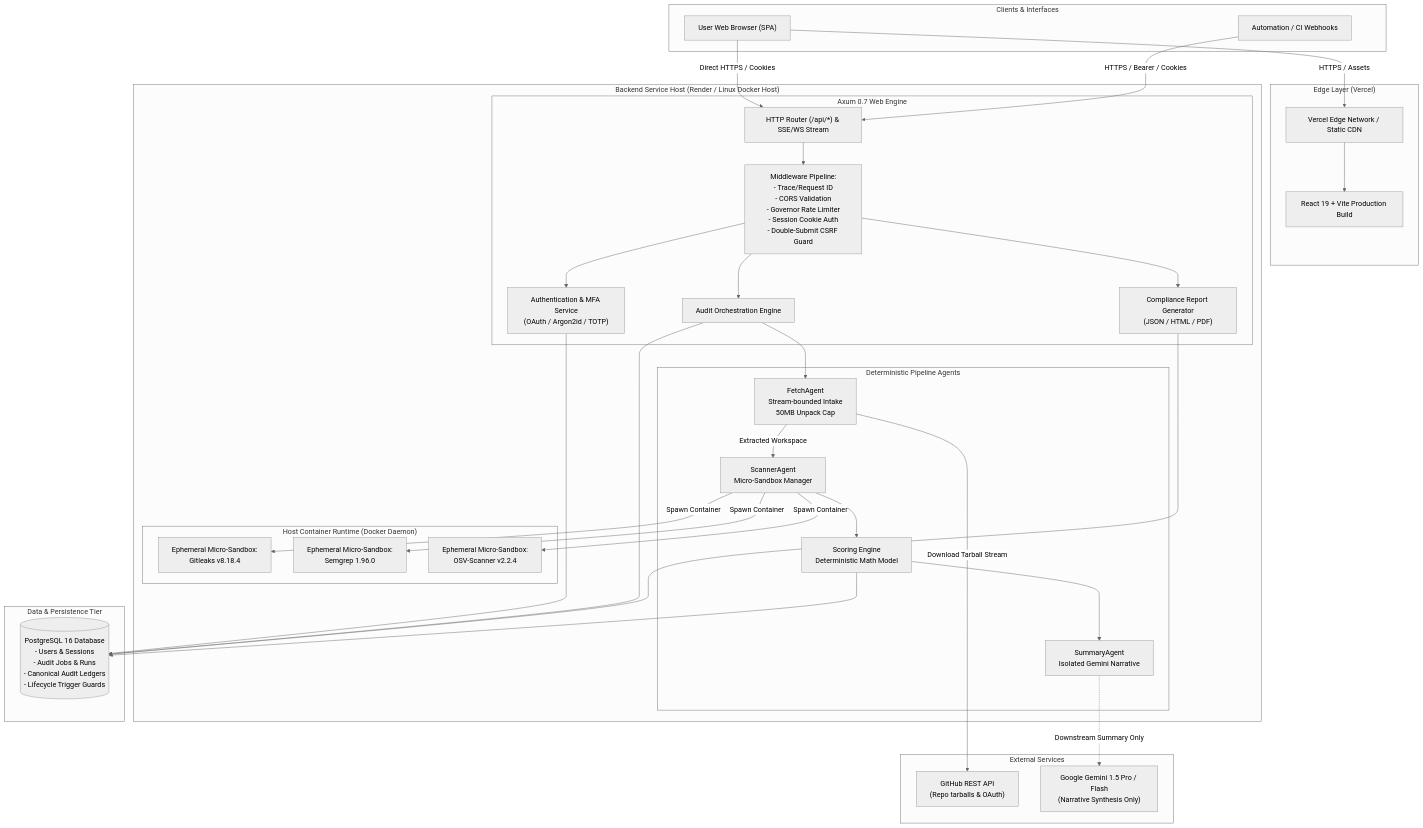
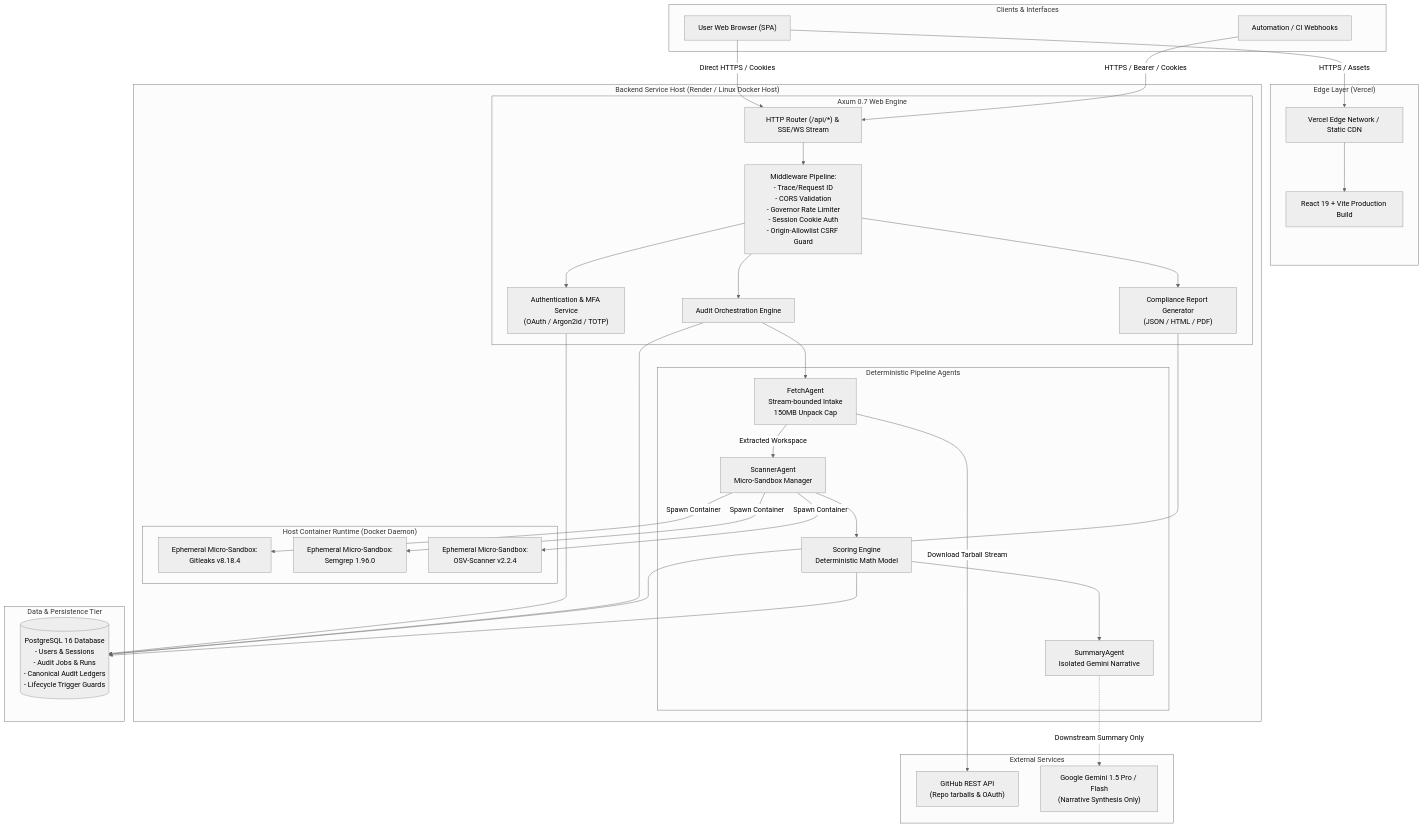
One commit to johan-droid/Fire-Crow- changed the first of 4 diagrams in docs/architecture/overview.md. Above: the diagram before and after it, drawn with Mermaid (neutral theme). The commit also changed other lines of this file and 104 other files, not shown here.

````diff
--- a/docs/architecture/overview.md
+++ b/docs/architecture/overview.md
@@ -11,71 +11,71 @@
 ```mermaid
 flowchart TB
     subgraph Clients["Clients & Interfaces"]
         Browser["User Web Browser (SPA)"]
         CLI["Automation / CI Webhooks"]
     end
 
     subgraph Edge["Edge Layer (Vercel)"]
         VercelCDN["Vercel Edge Network / Static CDN"]
         SPABundle["React 19 + Vite Production Build"]
     end
 
     subgraph BackendHost["Backend Service Host (Render / Linux Docker Host)"]
         subgraph AxumServer["Axum 0.7 Web Engine"]
             Router["HTTP Router (/api/*) & SSE/WS Stream"]
-            Middleware["Middleware Pipeline:\n- Trace/Request ID\n- CORS Validation\n- Governor Rate Limiter\n- Session Cookie Auth\n- Double-Submit CSRF Guard"]
+            Middleware["Middleware Pipeline:\n- Trace/Request ID\n- CORS Validation\n- Governor Rate Limiter\n- Session Cookie Auth\n- Origin-Allowlist CSRF Guard"]
             AuthMod["Authentication & MFA Service\n(OAuth / Argon2id / TOTP)"]
             AuditMod["Audit Orchestration Engine"]
             ExportMod["Compliance Report Generator\n(JSON / HTML / PDF)"]
         end
 
         subgraph Agents["Deterministic Pipeline Agents"]
-            FetchAgent["FetchAgent\nStream-bounded Intake\n50MB Unpack Cap"]
+            FetchAgent["FetchAgent\nStream-bounded Intake\n150MB Unpack Cap"]
             ScanAgent["ScannerAgent\nMicro-Sandbox Manager"]
             ScoreAgent["Scoring Engine\nDeterministic Math Model"]
             SummaryAgent["SummaryAgent\nIsolated Gemini Narrative"]
         end
 
         subgraph DockerEngine["Host Container Runtime (Docker Daemon)"]
             GitleaksBox["Ephemeral Micro-Sandbox:\nGitleaks v8.18.4"]
             SemgrepBox["Ephemeral Micro-Sandbox:\nSemgrep 1.96.0"]
             OSVBox["Ephemeral Micro-Sandbox:\nOSV-Scanner v2.2.4"]
         end
     end
 
     subgraph DataTier["Data & Persistence Tier"]
         Postgres[("PostgreSQL 16 Database\n- Users & Sessions\n- Audit Jobs & Runs\n- Canonical Audit Ledgers\n- Lifecycle Trigger Guards")]
     end
 
     subgraph External["External Services"]
         GitHubAPI["GitHub REST API\n(Repo tarballs & OAuth)"]
         GeminiAPI["Google Gemini 1.5 Pro / Flash\n(Narrative Synthesis Only)"]
     end
 
     Browser -->|HTTPS / Assets| VercelCDN
     VercelCDN --> SPABundle
     Browser -->|Direct HTTPS / Cookies| Router
     CLI -->|HTTPS / Bearer / Cookies| Router
 
     Router --> Middleware
     Middleware --> AuthMod
     Middleware --> AuditMod
     Middleware --> ExportMod
 
     AuditMod --> FetchAgent
     FetchAgent -->|Download Tarball Stream| GitHubAPI
     FetchAgent -->|Extracted Workspace| ScanAgent
 
     ScanAgent -->|Spawn Container| GitleaksBox
     ScanAgent -->|Spawn Container| SemgrepBox
     ScanAgent -->|Spawn Container| OSVBox
 
     ScanAgent --> ScoreAgent
     ScoreAgent --> SummaryAgent
     SummaryAgent -.->|Downstream Summary Only| GeminiAPI
 
     AuthMod --> Postgres
     AuditMod --> Postgres
     ScoreAgent --> Postgres
     ExportMod --> Postgres
 ```
````
